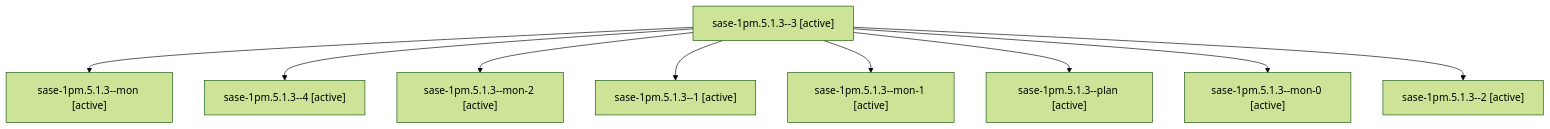
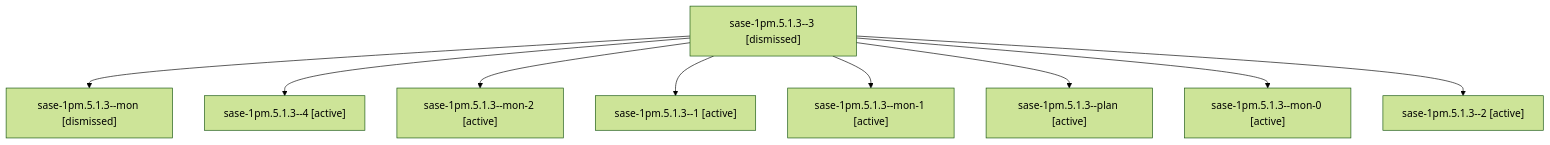
The diagram in sessions/bbugyi200.athena.sase-1pm.5.1.3.md (sase-org/sase--agents), drawn with Mermaid (forest theme) before and after one commit. The commit also changed other lines of this file and 258 other files, not shown here.

````diff
--- a/sessions/bbugyi200.athena.sase-1pm.5.1.3.md
+++ b/sessions/bbugyi200.athena.sase-1pm.5.1.3.md
@@ -9,20 +9,20 @@
 ```mermaid
 flowchart TD
-  n0["sase-1pm.5.1.3--3 [active]"]
-  n1["sase-1pm.5.1.3--mon [active]"]
+  n0["sase-1pm.5.1.3--3 [dismissed]"]
+  n1["sase-1pm.5.1.3--mon [dismissed]"]
   n0 --> n1
   n2["sase-1pm.5.1.3--4 [active]"]
   n0 --> n2
   n3["sase-1pm.5.1.3--mon-2 [active]"]
   n0 --> n3
   n4["sase-1pm.5.1.3--1 [active]"]
   n0 --> n4
   n5["sase-1pm.5.1.3--mon-1 [active]"]
   n0 --> n5
   n6["sase-1pm.5.1.3--plan [active]"]
   n0 --> n6
   n7["sase-1pm.5.1.3--mon-0 [active]"]
   n0 --> n7
   n8["sase-1pm.5.1.3--2 [active]"]
   n0 --> n8
 ```
````
